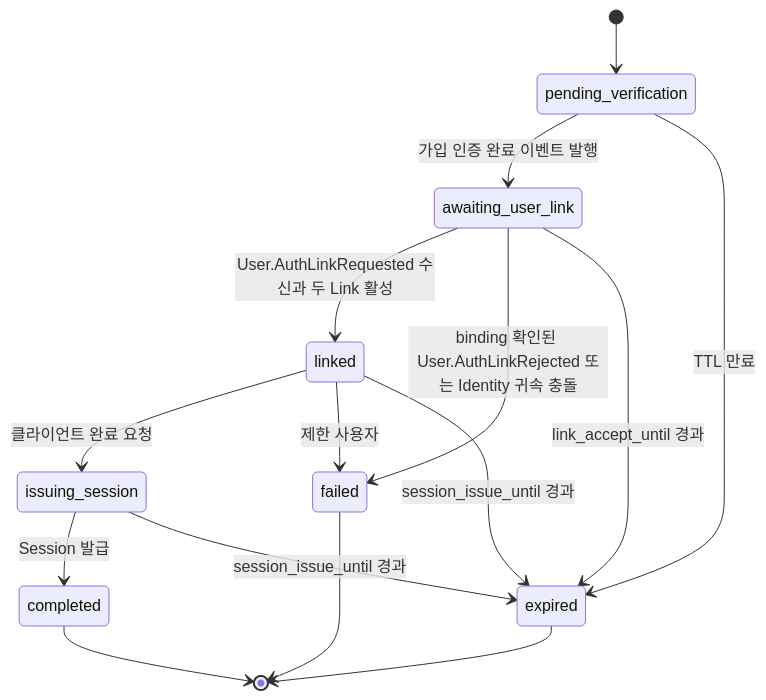
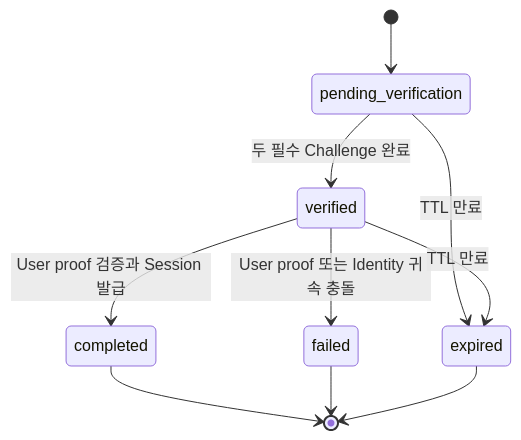
The fifth of 7 diagrams in blueprint/50-service-design/A_300_auth/A_300_10-domain-model/SD_A_30010_auth_domain_model.md (Medikong/archive), drawn with Mermaid before and after one commit. The commit also changed other lines of this file and 61 other files, not shown here.

Commit message:
docs(user): 사용자 서비스 설계와 배포 전략 정리

````diff
--- a/blueprint/50-service-design/A_300_auth/A_300_10-domain-model/SD_A_30010_auth_domain_model.md
+++ b/blueprint/50-service-design/A_300_auth/A_300_10-domain-model/SD_A_30010_auth_domain_model.md
@@ -399,17 +388,12 @@
 ```mermaid
 stateDiagram-v2
     [*] --> pending_verification
-    pending_verification --> awaiting_user_link: 가입 인증 완료 이벤트 발행
-    awaiting_user_link --> linked: User.AuthLinkRequested 수신과 두 Link 활성
-    linked --> issuing_session: 클라이언트 완료 요청
-    issuing_session --> completed: Session 발급
+    pending_verification --> verified: 두 필수 Challenge 완료
+    verified --> completed: User proof 검증과 Session 발급
     pending_verification --> expired: TTL 만료
-    awaiting_user_link --> failed: binding 확인된 User.AuthLinkRejected 또는 Identity 귀속 충돌
-    awaiting_user_link --> expired: link_accept_until 경과
-    linked --> failed: 제한 사용자
-    linked --> expired: session_issue_until 경과
-    issuing_session --> expired: session_issue_until 경과
+    verified --> expired: TTL 만료
+    verified --> failed: User proof 또는 Identity 귀속 충돌
     completed --> [*]
     failed --> [*]
     expired --> [*]
 ```
````
